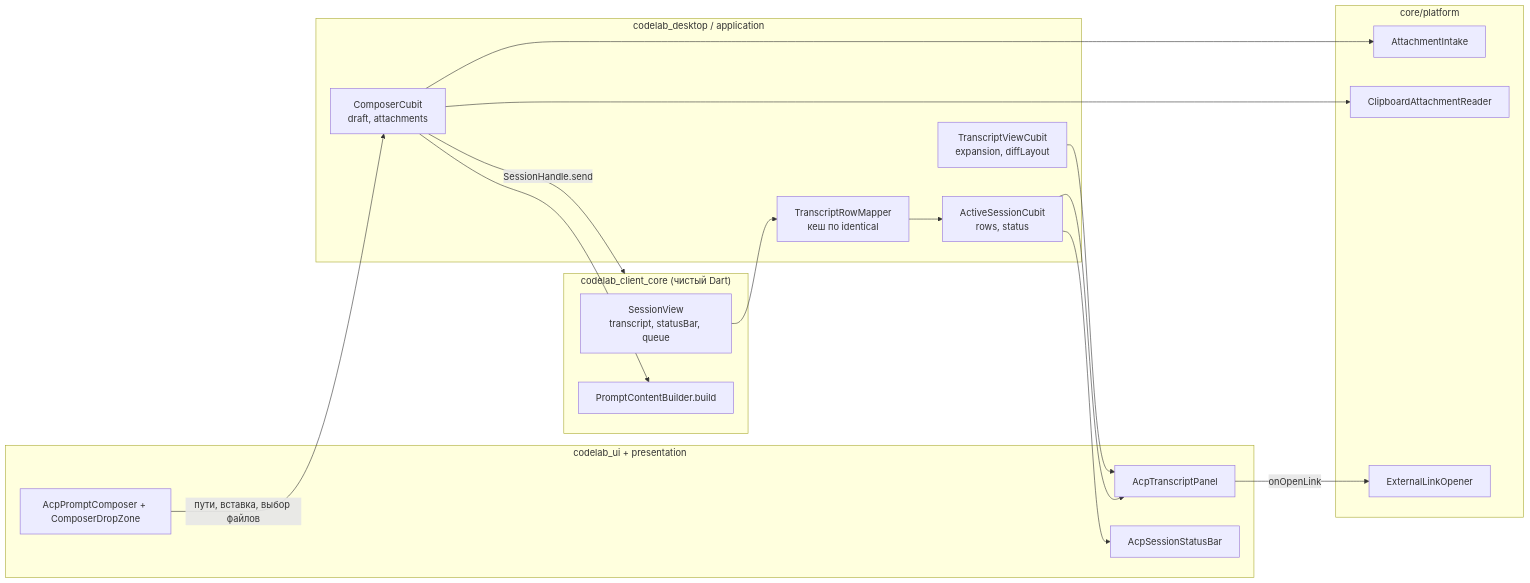
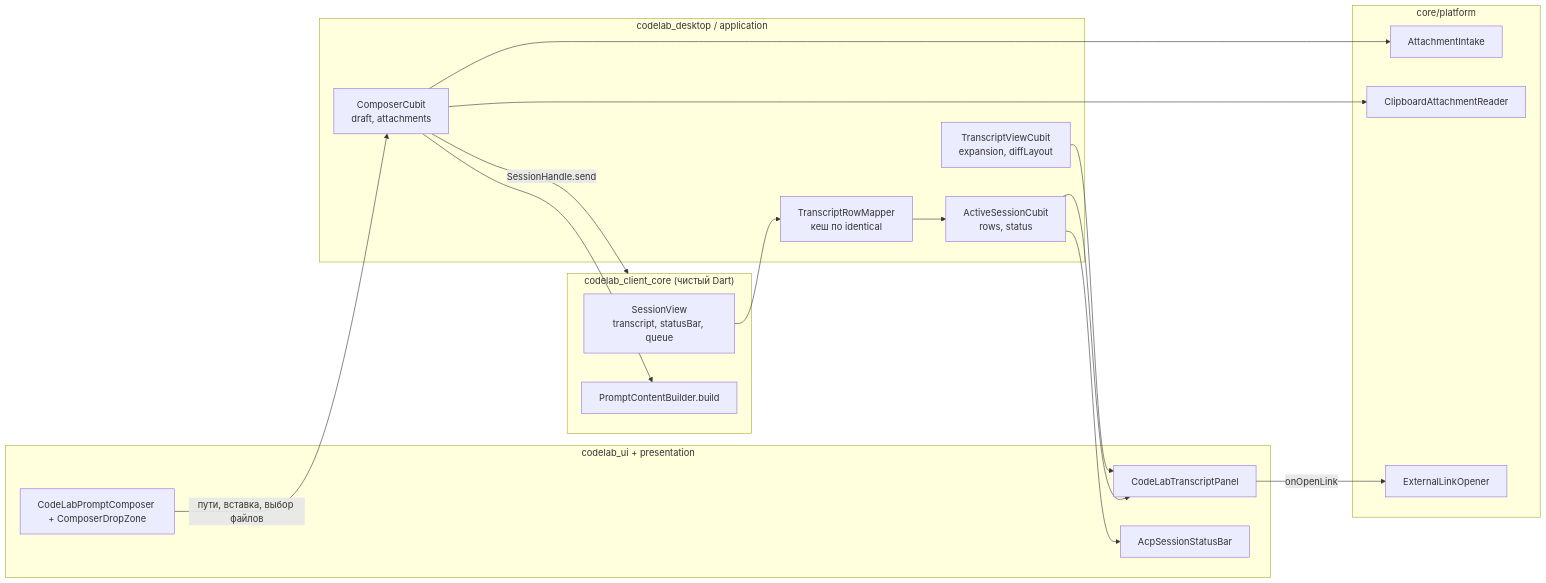
One commit to pese-git/codelab-app changed the first of 3 diagrams in docs/architecture/proposals/dart-agent-and-clients/12-3-desktop-display.md. Above: the diagram before and after it, drawn with Mermaid. The commit also changed other lines of this file and 108 other files, not shown here.

First line of the commit message:
refactor(codelab_ui): префикс виджетов Acp → CodeLab (ADR-0002, Decision §5)

````diff
--- a/docs/architecture/proposals/dart-agent-and-clients/12-3-desktop-display.md
+++ b/docs/architecture/proposals/dart-agent-and-clients/12-3-desktop-display.md
@@ -75,32 +75,32 @@
 ```mermaid
 flowchart LR
     subgraph Kit["codelab_client_core (чистый Dart)"]
         SV["SessionView<br/>transcript, statusBar, queue"]
         PAD["PromptContentBuilder.build"]
     end
     subgraph App["codelab_desktop / application"]
         MAP["TranscriptRowMapper<br/>кеш по identical"]
         ASC["ActiveSessionCubit<br/>rows, status"]
         TVC["TranscriptViewCubit<br/>expansion, diffLayout"]
         CC["ComposerCubit<br/>draft, attachments"]
     end
     subgraph Infra["core/platform"]
         AI["AttachmentIntake"]
         CR["ClipboardAttachmentReader"]
         LO["ExternalLinkOpener"]
     end
     subgraph UI["codelab_ui + presentation"]
-        TP["AcpTranscriptPanel"]
+        TP["CodeLabTranscriptPanel"]
         SB["AcpSessionStatusBar"]
-        PC["AcpPromptComposer + ComposerDropZone"]
+        PC["CodeLabPromptComposer + ComposerDropZone"]
     end
     SV --> MAP --> ASC --> TP
     ASC --> SB
     TVC --> TP
     PC -- "пути, вставка, выбор файлов" --> CC
     CC --> AI
     CC --> CR
     CC --> PAD
     CC -- "SessionHandle.send" --> Kit
     TP -- "onOpenLink" --> LO
 ```
````
